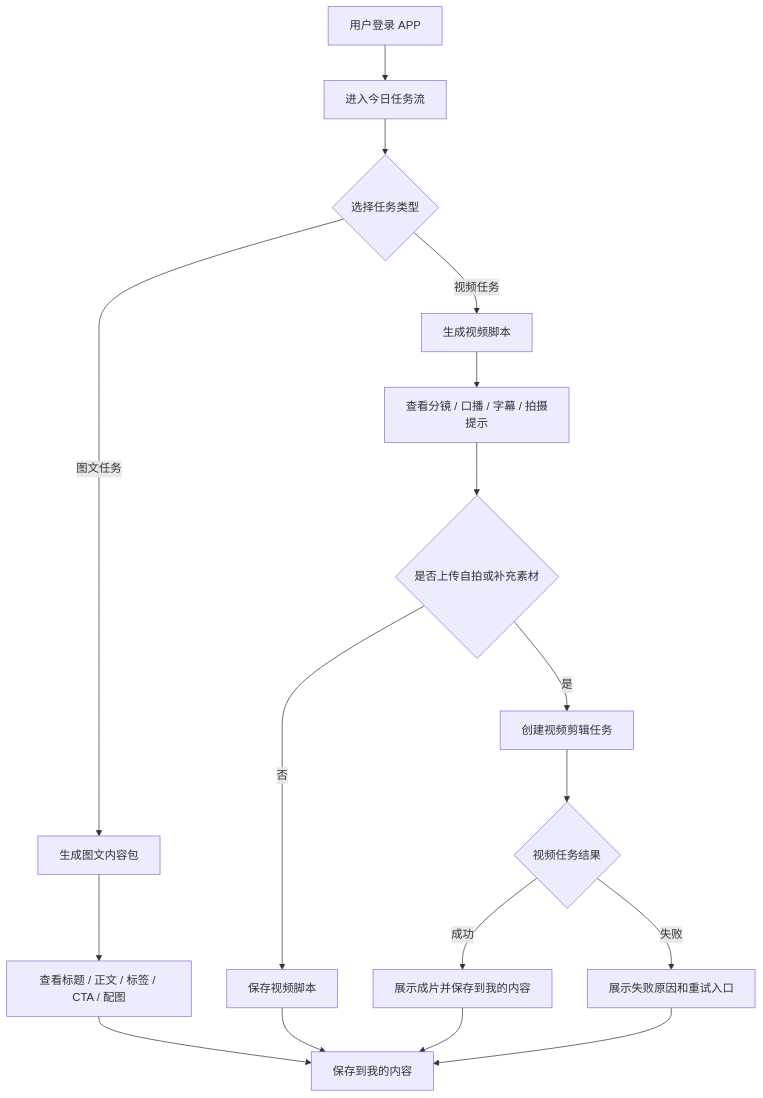
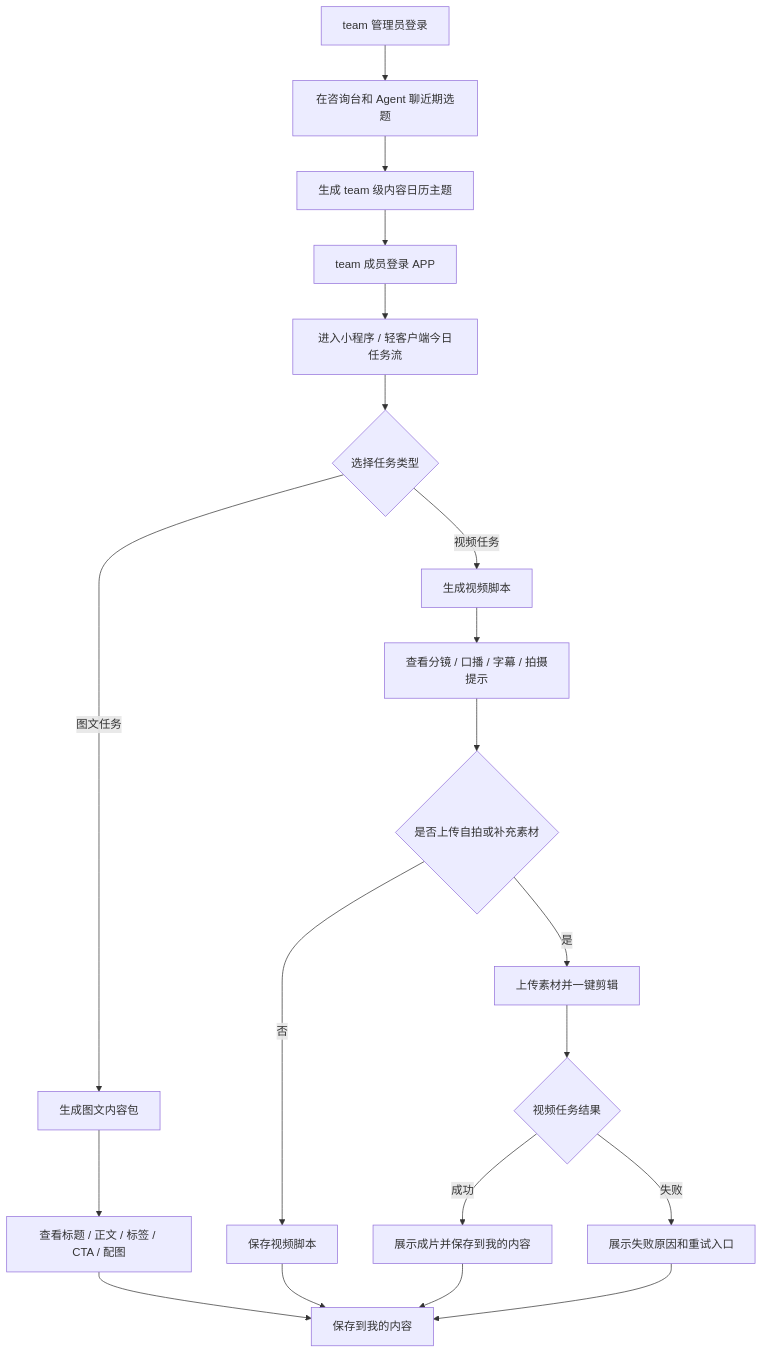
The first of 2 diagrams in docs/产品文档/V2.3-内容日历驱动图文视频生成PRD.md (svmlearn/jingjing-aigc-platfrom), drawn with Mermaid before and after one commit. The commit also changed other lines of this file and 43 other files, not shown here.

Commit message:
Implement V2.3 daily task content flow

````diff
--- a/docs/产品文档/V2.3-内容日历驱动图文视频生成PRD.md
+++ b/docs/产品文档/V2.3-内容日历驱动图文视频生成PRD.md
@@ -92,19 +101,22 @@
 ```mermaid
 flowchart TD
-  A["用户登录 APP"] --> B["进入今日任务流"]
-  B --> C{"选择任务类型"}
-  C -->|"图文任务"| D["生成图文内容包"]
-  C -->|"视频任务"| E["生成视频脚本"]
-  D --> F["查看标题 / 正文 / 标签 / CTA / 配图"]
-  E --> G["查看分镜 / 口播 / 字幕 / 拍摄提示"]
-  G --> H{"是否上传自拍或补充素材"}
-  H -->|"是"| I["创建视频剪辑任务"]
-  H -->|"否"| J["保存视频脚本"]
-  I --> K{"视频任务结果"}
-  K -->|"成功"| L["展示成片并保存到我的内容"]
-  K -->|"失败"| M["展示失败原因和重试入口"]
-  F --> N["保存到我的内容"]
-  J --> N
-  L --> N
-  M --> N
+  A["team 管理员登录"] --> B["在咨询台和 Agent 聊近期选题"]
+  B --> C["生成 team 级内容日历主题"]
+  C --> D["team 成员登录 APP"]
+  D --> E["进入小程序 / 轻客户端今日任务流"]
+  E --> F{"选择任务类型"}
+  F -->|"图文任务"| G["生成图文内容包"]
+  F -->|"视频任务"| H["生成视频脚本"]
+  G --> I["查看标题 / 正文 / 标签 / CTA / 配图"]
+  H --> J["查看分镜 / 口播 / 字幕 / 拍摄提示"]
+  J --> K{"是否上传自拍或补充素材"}
+  K -->|"是"| L["上传素材并一键剪辑"]
+  K -->|"否"| M["保存视频脚本"]
+  L --> N{"视频任务结果"}
+  N -->|"成功"| O["展示成片并保存到我的内容"]
+  N -->|"失败"| P["展示失败原因和重试入口"]
+  I --> Q["保存到我的内容"]
+  M --> Q
+  O --> Q
+  P --> Q
 ```
````
